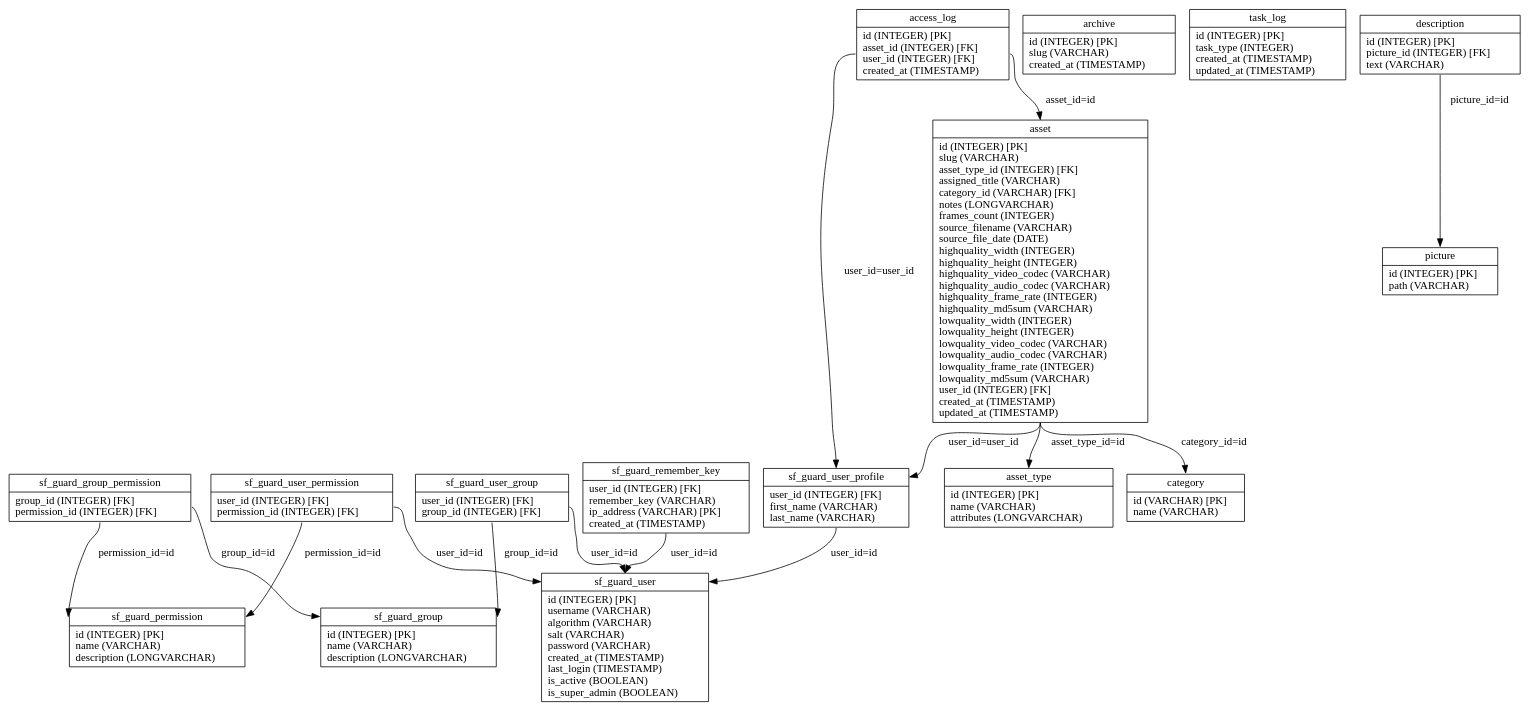
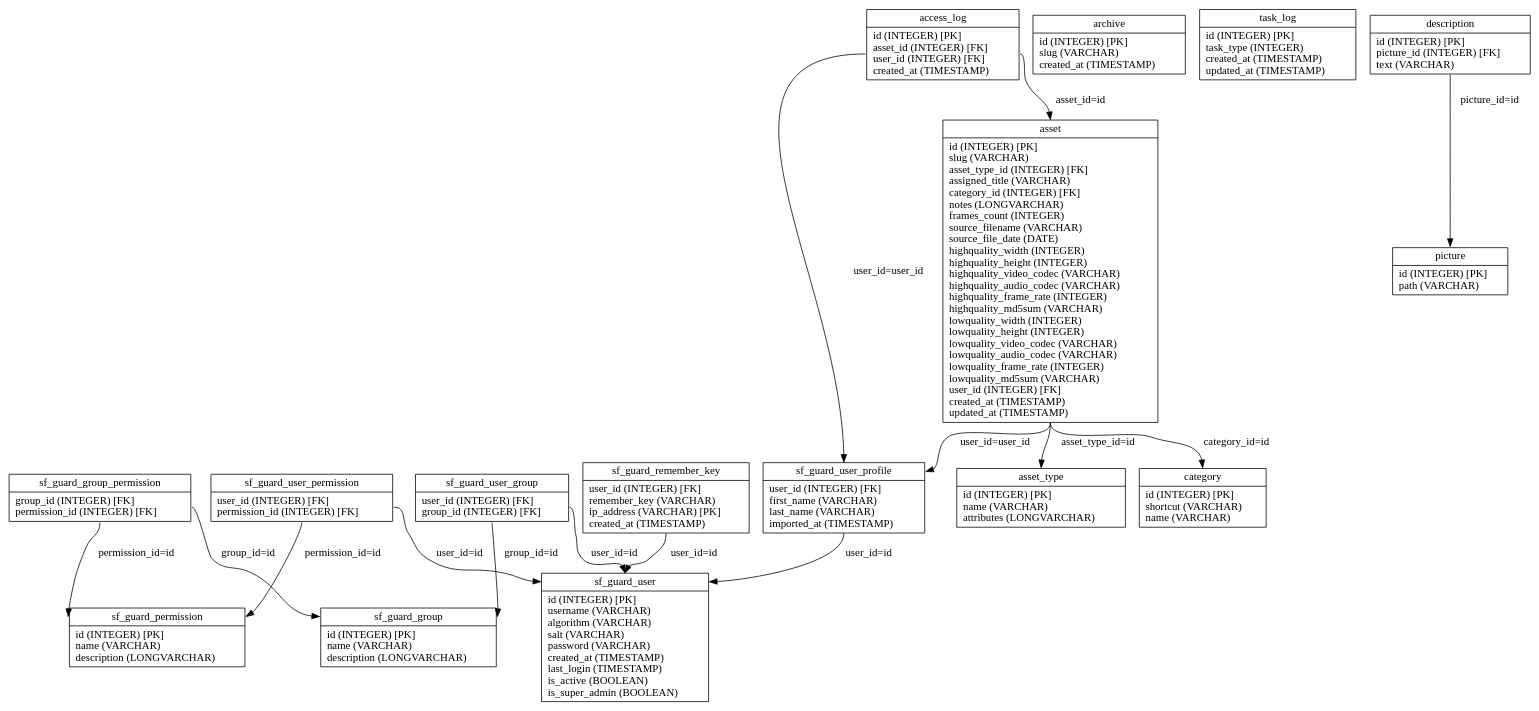
One commit to loristissino/wviola changed the diagram in graph/propel.schema.dot. Above: the diagram before and after it, drawn with Graphviz. The commit also changed 8 other files, not shown here.

```diff
--- a/graph/propel.schema.dot
+++ b/graph/propel.schema.dot
@@ -1,33 +1,33 @@
 digraph G {
 nodesf_guard_group [label="{<table>sf_guard_group|<cols>id (INTEGER) [PK]\lname (VARCHAR)\ldescription (LONGVARCHAR)\l}", shape=record];
 nodesf_guard_permission [label="{<table>sf_guard_permission|<cols>id (INTEGER) [PK]\lname (VARCHAR)\ldescription (LONGVARCHAR)\l}", shape=record];
 nodesf_guard_group_permission [label="{<table>sf_guard_group_permission|<cols>group_id (INTEGER) [FK]\lpermission_id (INTEGER) [FK]\l}", shape=record];
 nodesf_guard_user [label="{<table>sf_guard_user|<cols>id (INTEGER) [PK]\lusername (VARCHAR)\lalgorithm (VARCHAR)\lsalt (VARCHAR)\lpassword (VARCHAR)\lcreated_at (TIMESTAMP)\llast_login (TIMESTAMP)\lis_active (BOOLEAN)\lis_super_admin (BOOLEAN)\l}", shape=record];
 nodesf_guard_user_permission [label="{<table>sf_guard_user_permission|<cols>user_id (INTEGER) [FK]\lpermission_id (INTEGER) [FK]\l}", shape=record];
 nodesf_guard_user_group [label="{<table>sf_guard_user_group|<cols>user_id (INTEGER) [FK]\lgroup_id (INTEGER) [FK]\l}", shape=record];
 nodesf_guard_remember_key [label="{<table>sf_guard_remember_key|<cols>user_id (INTEGER) [FK]\lremember_key (VARCHAR)\lip_address (VARCHAR) [PK]\lcreated_at (TIMESTAMP)\l}", shape=record];
-nodesf_guard_user_profile [label="{<table>sf_guard_user_profile|<cols>user_id (INTEGER) [FK]\lfirst_name (VARCHAR)\llast_name (VARCHAR)\l}", shape=record];
+nodesf_guard_user_profile [label="{<table>sf_guard_user_profile|<cols>user_id (INTEGER) [FK]\lfirst_name (VARCHAR)\llast_name (VARCHAR)\limported_at (TIMESTAMP)\l}", shape=record];
 nodeasset_type [label="{<table>asset_type|<cols>id (INTEGER) [PK]\lname (VARCHAR)\lattributes (LONGVARCHAR)\l}", shape=record];
-nodeasset [label="{<table>asset|<cols>id (INTEGER) [PK]\lslug (VARCHAR)\lasset_type_id (INTEGER) [FK]\lassigned_title (VARCHAR)\lcategory_id (VARCHAR) [FK]\lnotes (LONGVARCHAR)\lframes_count (INTEGER)\lsource_filename (VARCHAR)\lsource_file_date (DATE)\lhighquality_width (INTEGER)\lhighquality_height (INTEGER)\lhighquality_video_codec (VARCHAR)\lhighquality_audio_codec (VARCHAR)\lhighquality_frame_rate (INTEGER)\lhighquality_md5sum (VARCHAR)\llowquality_width (INTEGER)\llowquality_height (INTEGER)\llowquality_video_codec (VARCHAR)\llowquality_audio_codec (VARCHAR)\llowquality_frame_rate (INTEGER)\llowquality_md5sum (VARCHAR)\luser_id (INTEGER) [FK]\lcreated_at (TIMESTAMP)\lupdated_at (TIMESTAMP)\l}", shape=record];
+nodeasset [label="{<table>asset|<cols>id (INTEGER) [PK]\lslug (VARCHAR)\lasset_type_id (INTEGER) [FK]\lassigned_title (VARCHAR)\lcategory_id (INTEGER) [FK]\lnotes (LONGVARCHAR)\lframes_count (INTEGER)\lsource_filename (VARCHAR)\lsource_file_date (DATE)\lhighquality_width (INTEGER)\lhighquality_height (INTEGER)\lhighquality_video_codec (VARCHAR)\lhighquality_audio_codec (VARCHAR)\lhighquality_frame_rate (INTEGER)\lhighquality_md5sum (VARCHAR)\llowquality_width (INTEGER)\llowquality_height (INTEGER)\llowquality_video_codec (VARCHAR)\llowquality_audio_codec (VARCHAR)\llowquality_frame_rate (INTEGER)\llowquality_md5sum (VARCHAR)\luser_id (INTEGER) [FK]\lcreated_at (TIMESTAMP)\lupdated_at (TIMESTAMP)\l}", shape=record];
 nodearchive [label="{<table>archive|<cols>id (INTEGER) [PK]\lslug (VARCHAR)\lcreated_at (TIMESTAMP)\l}", shape=record];
-nodecategory [label="{<table>category|<cols>id (VARCHAR) [PK]\lname (VARCHAR)\l}", shape=record];
+nodecategory [label="{<table>category|<cols>id (INTEGER) [PK]\lshortcut (VARCHAR)\lname (VARCHAR)\l}", shape=record];
 nodeaccess_log [label="{<table>access_log|<cols>id (INTEGER) [PK]\lasset_id (INTEGER) [FK]\luser_id (INTEGER) [FK]\lcreated_at (TIMESTAMP)\l}", shape=record];
 nodetask_log [label="{<table>task_log|<cols>id (INTEGER) [PK]\ltask_type (INTEGER)\lcreated_at (TIMESTAMP)\lupdated_at (TIMESTAMP)\l}", shape=record];
 nodepicture [label="{<table>picture|<cols>id (INTEGER) [PK]\lpath (VARCHAR)\l}", shape=record];
 nodedescription [label="{<table>description|<cols>id (INTEGER) [PK]\lpicture_id (INTEGER) [FK]\ltext (VARCHAR)\l}", shape=record];
 
 nodesf_guard_group_permission:cols -> nodesf_guard_group:table [label="group_id=id "];
 nodesf_guard_group_permission:cols -> nodesf_guard_permission:table [label="permission_id=id "];
 nodesf_guard_user_permission:cols -> nodesf_guard_user:table [label="user_id=id "];
 nodesf_guard_user_permission:cols -> nodesf_guard_permission:table [label="permission_id=id "];
 nodesf_guard_user_group:cols -> nodesf_guard_user:table [label="user_id=id "];
 nodesf_guard_user_group:cols -> nodesf_guard_group:table [label="group_id=id "];
 nodesf_guard_remember_key:cols -> nodesf_guard_user:table [label="user_id=id "];
 nodesf_guard_user_profile:cols -> nodesf_guard_user:table [label="user_id=id "];
 nodeasset:cols -> nodeasset_type:table [label="asset_type_id=id "];
 nodeasset:cols -> nodecategory:table [label="category_id=id "];
 nodeasset:cols -> nodesf_guard_user_profile:table [label="user_id=user_id "];
 nodeaccess_log:cols -> nodeasset:table [label="asset_id=id "];
 nodeaccess_log:cols -> nodesf_guard_user_profile:table [label="user_id=user_id "];
 nodedescription:cols -> nodepicture:table [label="picture_id=id "];
 }
```
